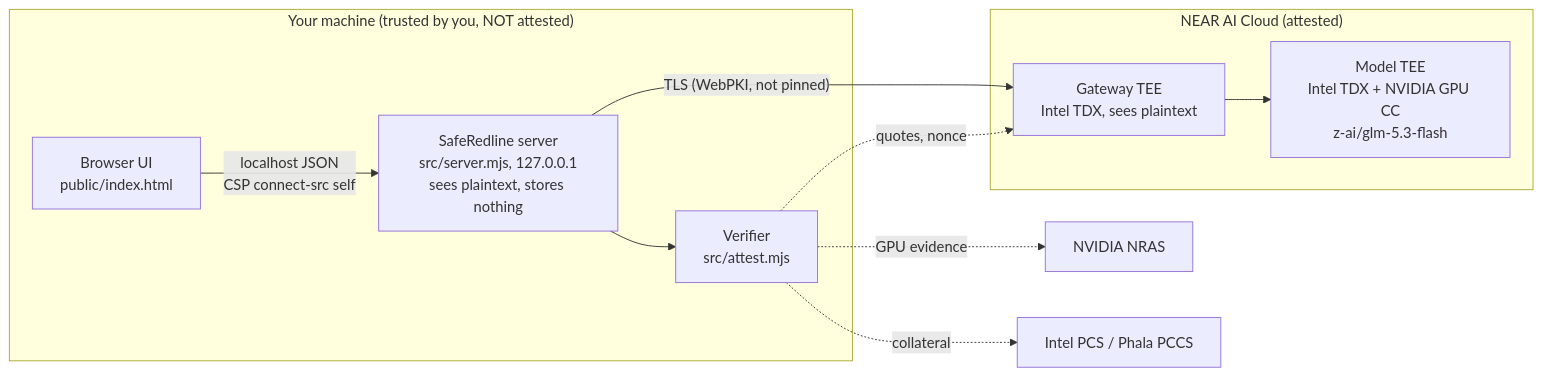
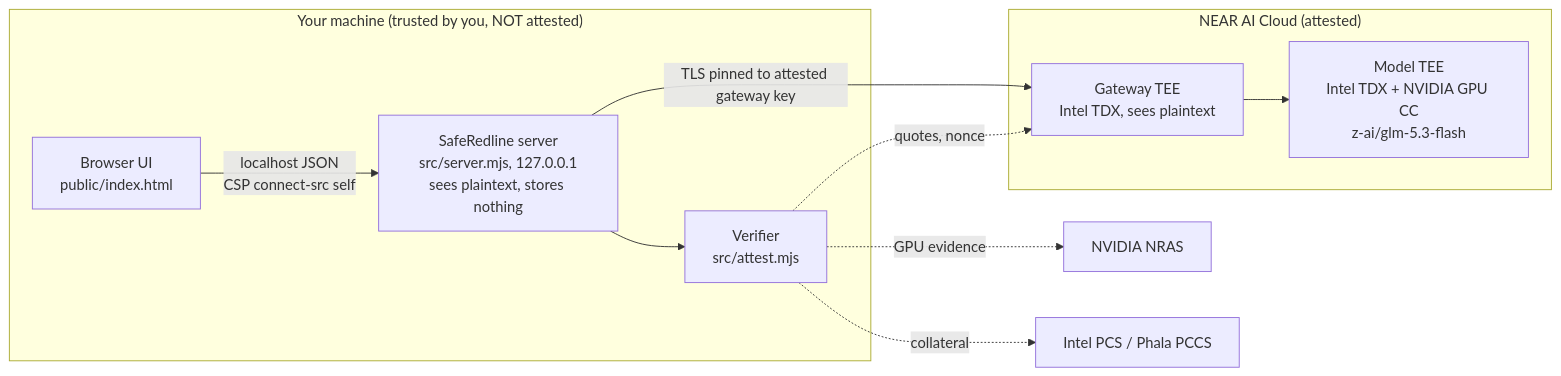
The diagram in README.md (oocoder/saferedline), drawn with Mermaid before and after one commit. The commit also changed other lines of this file and 6 other files, not shown here.

````diff
--- a/README.md
+++ b/README.md
@@ -145,14 +148,14 @@
 ```mermaid
 flowchart LR
   subgraph YOURS["Your machine (trusted by you, NOT attested)"]
     B["Browser UI<br/>public/index.html"] -->|"localhost JSON<br/>CSP connect-src self"| S["SafeRedline server<br/>src/server.mjs, 127.0.0.1<br/>sees plaintext, stores nothing"]
     S --> V["Verifier<br/>src/attest.mjs"]
   end
-  S -->|"TLS (WebPKI, not pinned)"| GW
+  S -->|"TLS pinned to attested gateway key"| GW
   subgraph NEAR["NEAR AI Cloud (attested)"]
     GW["Gateway TEE<br/>Intel TDX, sees plaintext"] --> M["Model TEE<br/>Intel TDX + NVIDIA GPU CC<br/>z-ai/glm-5.3-flash"]
   end
   V -.->|"quotes, nonce"| GW
   V -.->|"GPU evidence"| NRAS["NVIDIA NRAS"]
   V -.->|"collateral"| PCCS["Intel PCS / Phala PCCS"]
 ```
````
